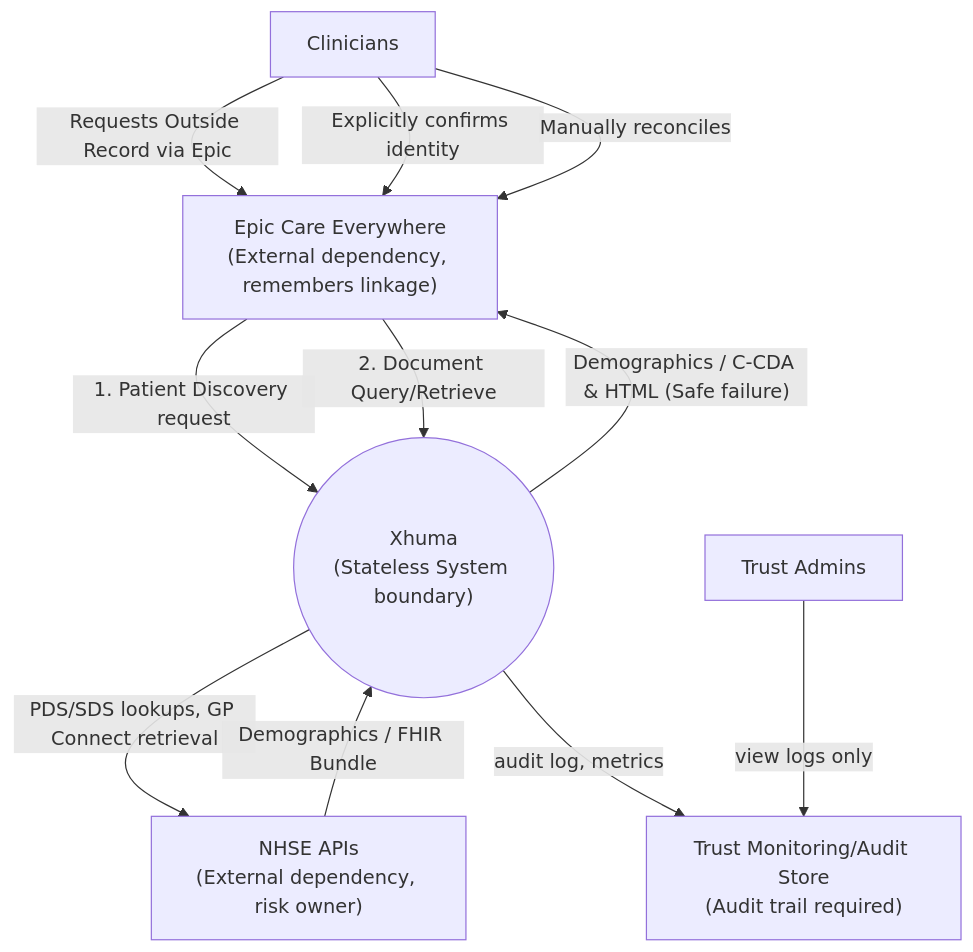
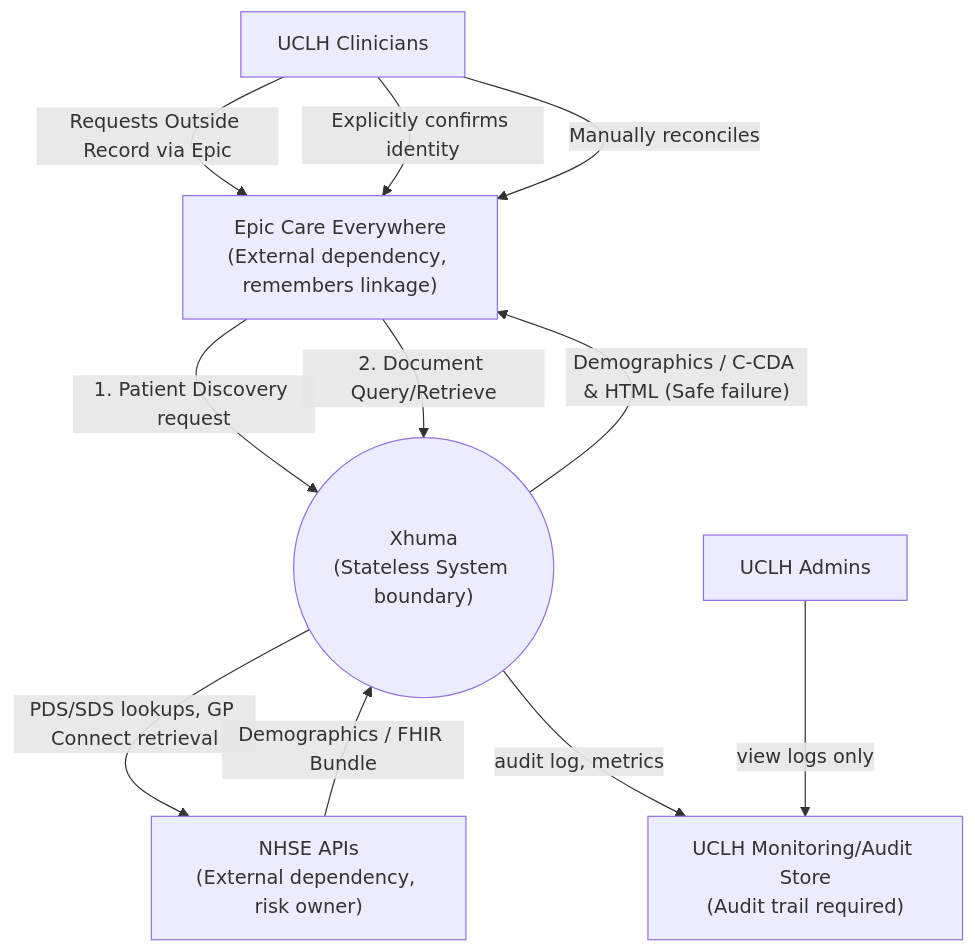
One commit to UCLH-Digital-Innovation-Hub/Xhuma changed the fourth of 6 diagrams in docs/technical_architecture.md. Above: the diagram before and after it, drawn with Mermaid. The commit also changed other lines of this file and 22 other files, not shown here.

````diff
--- a/docs/technical_architecture.md
+++ b/docs/technical_architecture.md
@@ -147,26 +147,26 @@
 ```mermaid
 flowchart TD
     %% DFD Level 0
     Epic["Epic Care Everywhere\n(External dependency, remembers linkage)"]
     NHSE["NHSE APIs\n(External dependency, risk owner)"]
-    Mon["Trust Monitoring/Audit Store\n(Audit trail required)"]
-    Admin["Trust Admins"]
-    Clinician["Clinicians"]
+    Mon["UCLH Monitoring/Audit Store\n(Audit trail required)"]
+    Admin["UCLH Admins"]
+    Clinician["UCLH Clinicians"]
     
     Xhuma(("Xhuma\n(Stateless System boundary)"))
     
     Clinician -->|Requests Outside Record via Epic| Epic
     Clinician -->|Explicitly confirms identity| Epic
     Clinician -->|Manually reconciles| Epic
     
     Epic -->|1. Patient Discovery request| Xhuma
     Epic -->|2. Document Query/Retrieve| Xhuma
     
     Xhuma -->|PDS/SDS lookups, GP Connect retrieval| NHSE
     NHSE -->|Demographics / FHIR Bundle| Xhuma
     
     Xhuma -->|"Demographics / C-CDA & HTML (Safe failure)"| Epic
     
     Xhuma -->|audit log, metrics| Mon
     Admin -->|view logs only| Mon
 ```
````
